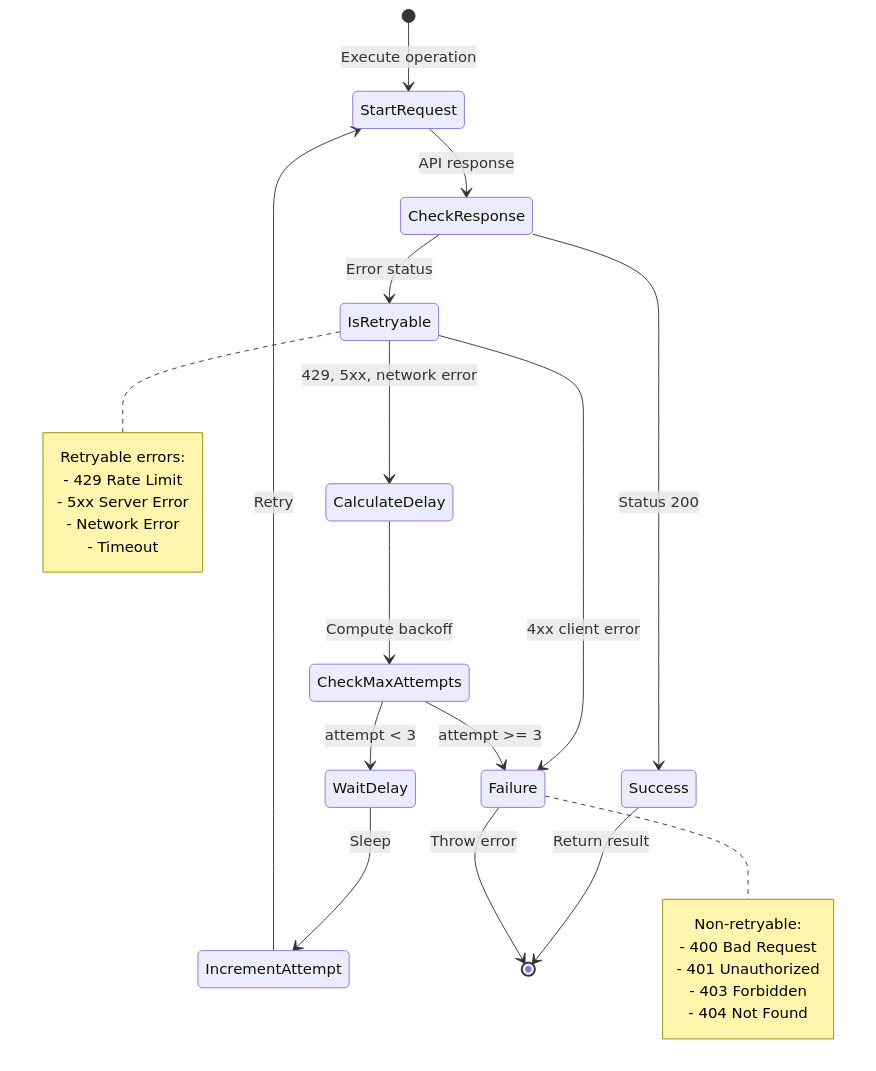
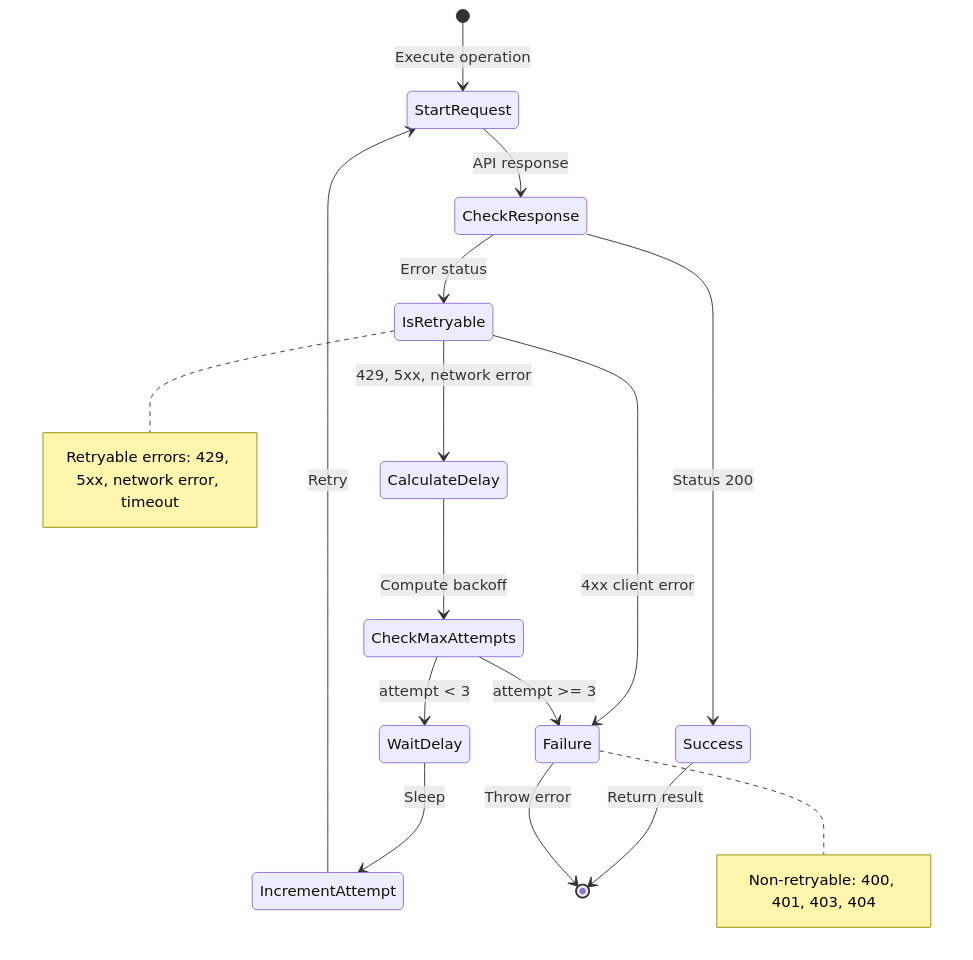
The fifth of 19 diagrams in docs/import/error-handling.md (DaxServer/geocode-commons-categories), drawn with Mermaid before and after one commit. The commit also changed other lines of this file and 2 other files, not shown here.

````diff
--- a/docs/import/error-handling.md
+++ b/docs/import/error-handling.md
@@ -189,38 +189,30 @@
 ```mermaid
 stateDiagram-v2
     [*] --> StartRequest: Execute operation
 
     StartRequest --> CheckResponse: API response
 
     CheckResponse --> Success: Status 200
     CheckResponse --> IsRetryable: Error status
 
     IsRetryable --> CalculateDelay: 429, 5xx, network error
     IsRetryable --> Failure: 4xx client error
 
     CalculateDelay --> CheckMaxAttempts: Compute backoff
     CheckMaxAttempts --> WaitDelay: attempt < 3
     CheckMaxAttempts --> Failure: attempt >= 3
 
     WaitDelay --> IncrementAttempt: Sleep
     IncrementAttempt --> StartRequest: Retry
 
     Success --> [*]: Return result
     Failure --> [*]: Throw error
 
     note right of IsRetryable
-        Retryable errors:
-        - 429 Rate Limit
-        - 5xx Server Error
-        - Network Error
-        - Timeout
+        Retryable errors: 429, 5xx, network error, timeout
     end note
 
     note right of Failure
-        Non-retryable:
-        - 400 Bad Request
-        - 401 Unauthorized
-        - 403 Forbidden
-        - 404 Not Found
+        Non-retryable: 400, 401, 403, 404
     end note
 ```
````
